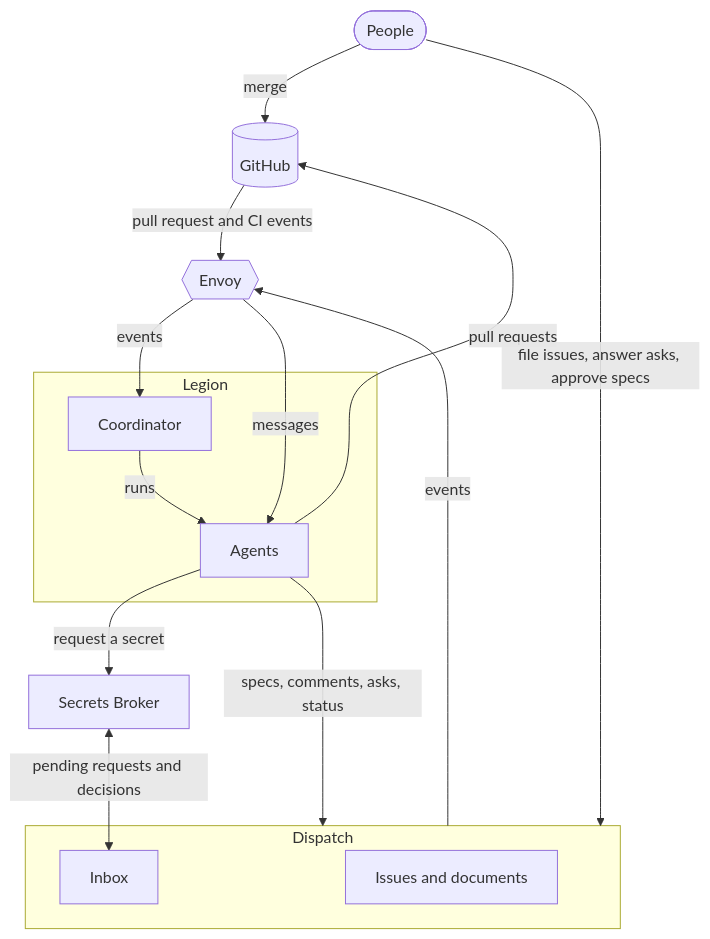
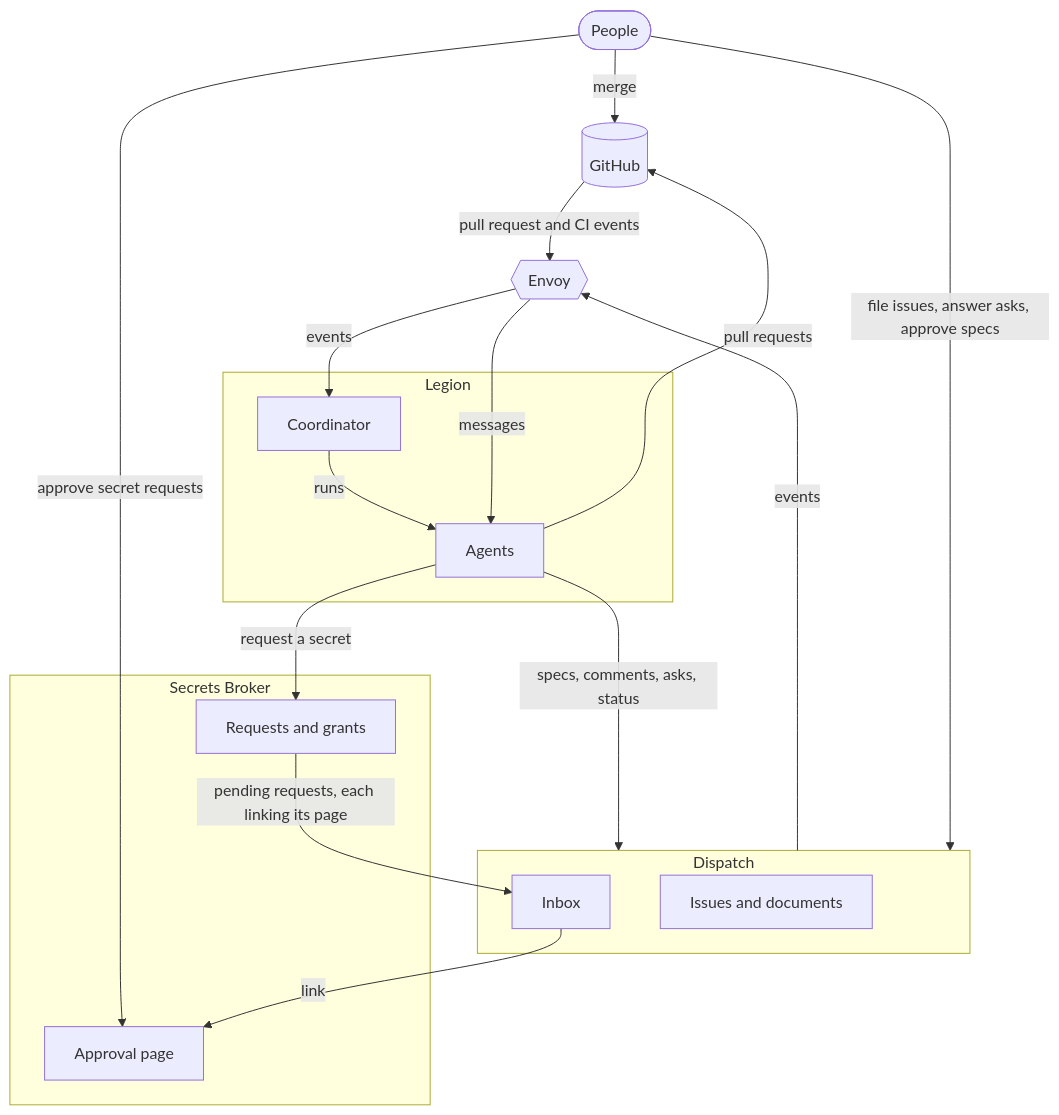
One commit to sjawhar/legion changed the diagram in docs/site/src/content/docs/how-it-fits.md. Above: the diagram before and after it, drawn with Mermaid. The commit also changed other lines of this file and 1329 other files, not shown here.

````diff
--- a/docs/site/src/content/docs/how-it-fits.md
+++ b/docs/site/src/content/docs/how-it-fits.md
@@ -13,27 +14,32 @@
 ```mermaid
 flowchart TB
   people([People])
   github[(GitHub)]
   subgraph dispatch [Dispatch]
     record[Issues and documents]
     inbox[Inbox]
   end
   envoy{{Envoy}}
   subgraph legion [Legion]
     coordinator[Coordinator]
     agents[Agents]
   end
-  broker[Secrets Broker]
+  subgraph secrets [Secrets Broker]
+    broker[Requests and grants]
+    approve[Approval page]
+  end
 
   people -->|file issues, answer asks, approve specs| dispatch
+  people -->|approve secret requests| approve
   people -->|merge| github
   dispatch -->|events| envoy
   github -->|pull request and CI events| envoy
   envoy -->|events| coordinator
   envoy -->|messages| agents
   coordinator -->|runs| agents
   agents -->|specs, comments, asks, status| dispatch
   agents -->|pull requests| github
   agents -->|request a secret| broker
-  broker <-->|pending requests and decisions| inbox
+  broker -->|pending requests, each linking its page| inbox
+  inbox -->|link| approve
 ```
````
